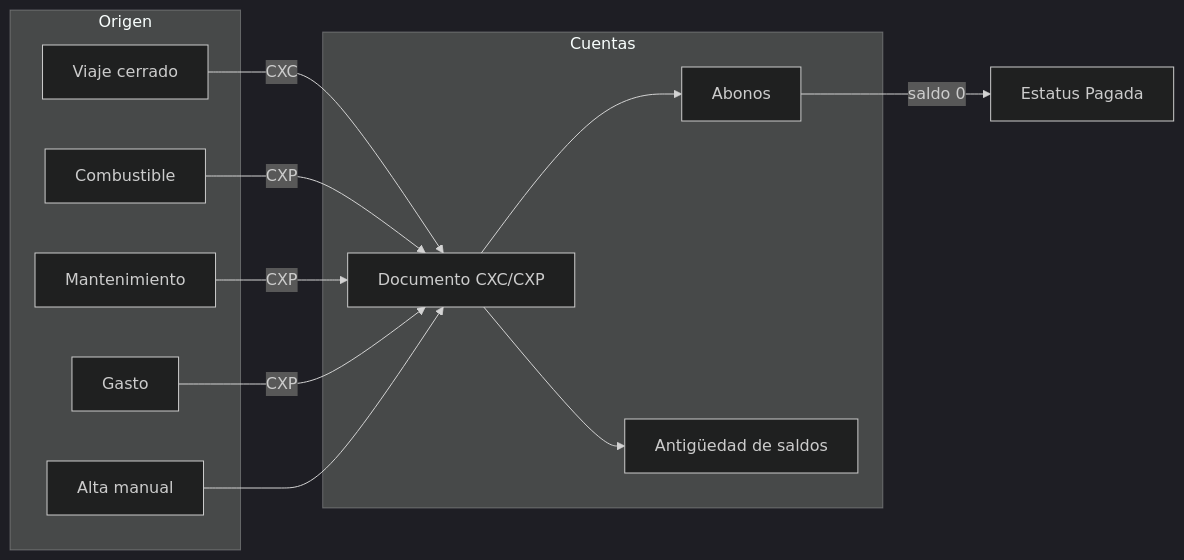
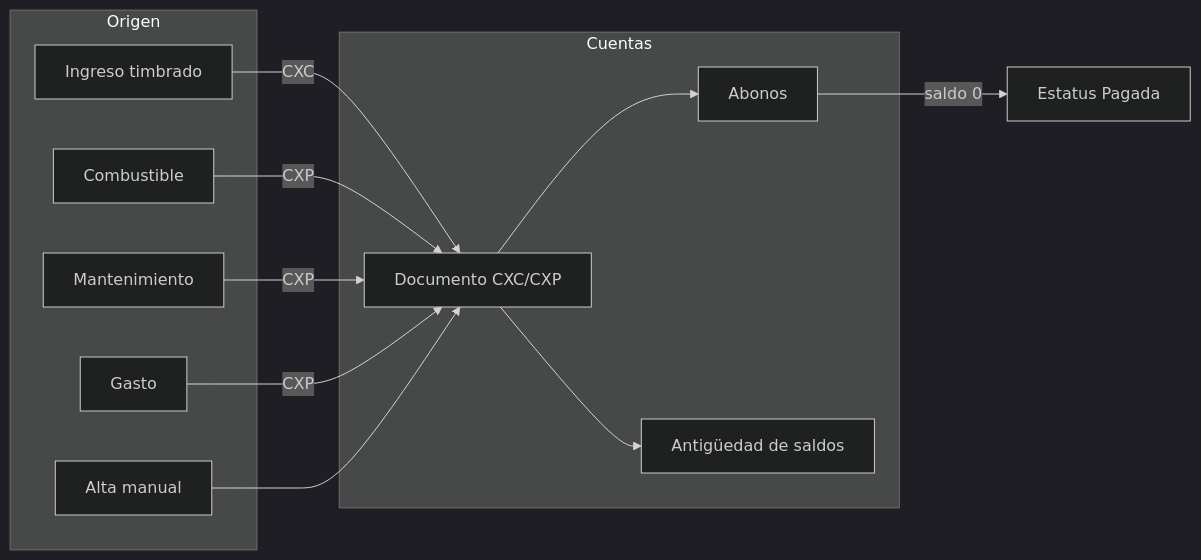
One commit to JoseManuelGdlO/transportesligerosoccidente changed the second of 3 diagrams in docs/modulo-cuentas-cxc-cxp.md. Above: the diagram before and after it, drawn with Mermaid (dark theme). The commit also changed other lines of this file and 20 other files, not shown here.

````diff
--- a/docs/modulo-cuentas-cxc-cxp.md
+++ b/docs/modulo-cuentas-cxc-cxp.md
@@ -116,25 +116,25 @@
 ```mermaid
 flowchart LR
     subgraph Origen
-        V[Viaje cerrado]
+        V[Ingreso timbrado]
         C[Combustible]
         M[Mantenimiento]
         G[Gasto]
         Manual[Alta manual]
     end
 
     subgraph Cuentas
         Doc[Documento CXC/CXP]
         Abono[Abonos]
         Aging[Antigüedad de saldos]
     end
 
     V -->|CXC| Doc
     C -->|CXP| Doc
     M -->|CXP| Doc
     G -->|CXP| Doc
     Manual --> Doc
     Doc --> Abono
     Doc --> Aging
     Abono -->|saldo 0| Pagada[Estatus Pagada]
 ```
````
